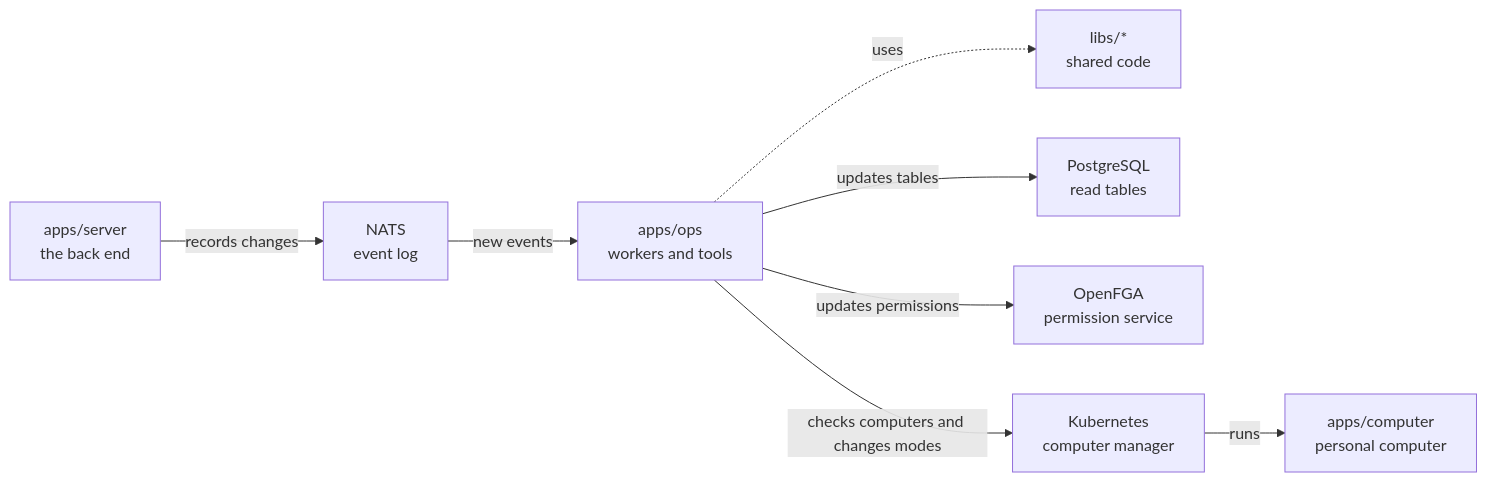
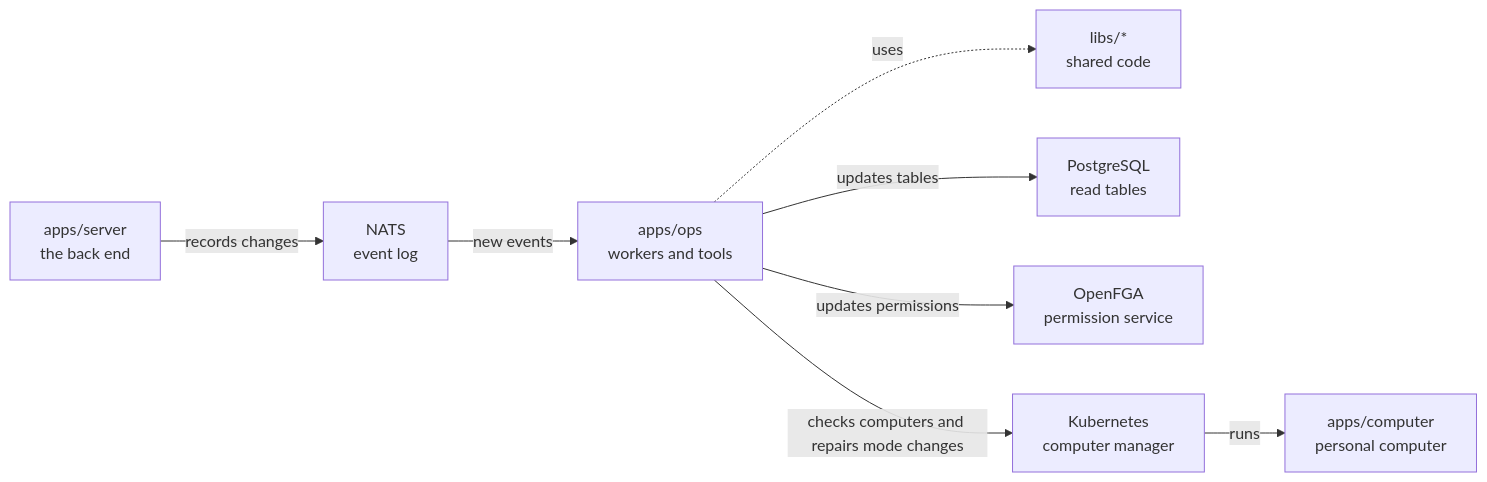
One commit to elewa-git/opencrane-new changed the diagram in apps/ops/README.md. Above: the diagram before and after it, drawn with Mermaid. The commit also changed other lines of this file and 17 other files, not shown here.

````diff
--- a/apps/ops/README.md
+++ b/apps/ops/README.md
@@ -11,10 +11,10 @@
 ```mermaid
 flowchart LR
   server["apps/server<br/>the back end"] -->|records changes| nats["NATS<br/>event log"]
   nats -->|new events| ops["apps/ops<br/>workers and tools"]
   ops -.->|uses| libs["libs/*<br/>shared code"]
   ops -->|updates tables| postgres["PostgreSQL<br/>read tables"]
   ops -->|updates permissions| fga["OpenFGA<br/>permission service"]
-  ops -->|checks computers and changes modes| kube["Kubernetes<br/>computer manager"]
+  ops -->|checks computers and repairs mode changes| kube["Kubernetes<br/>computer manager"]
   kube -->|runs| computer["apps/computer<br/>personal computer"]
 ```
````
